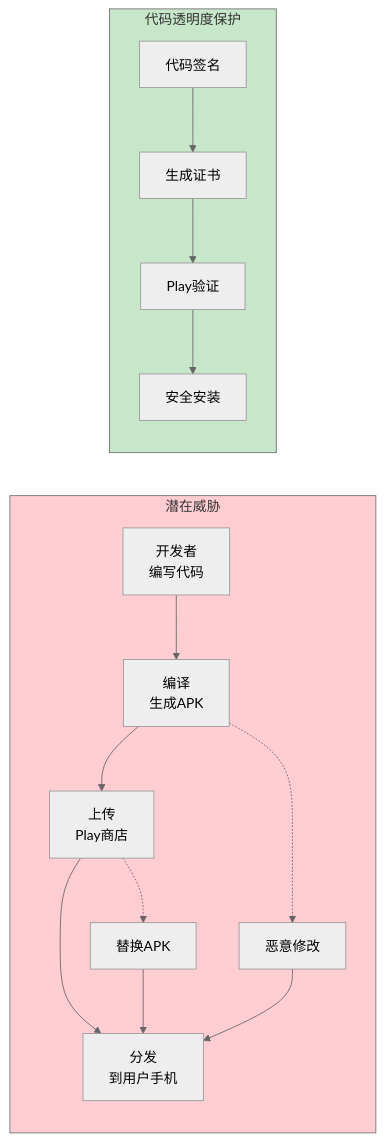
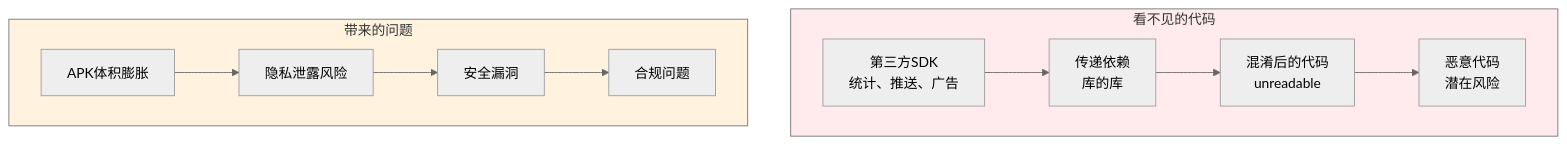
One commit to Carrie-L/carrie-l.github.io changed the first of 5 diagrams in AndroidDeveloperGuideStory/Contents/vol21/21.1.91 捆绑代码透明度.md. Above: the diagram before and after it, drawn with Mermaid (neutral theme). The commit also changed other lines of this file, not shown here.

Commit message:
feat(chapter-21.1.91): add BundleCodeTransparency chapter for Android App Bundle

````diff
--- a/AndroidDeveloperGuideStory/Contents/vol21/21.1.91 捆绑代码透明度.md
+++ b/AndroidDeveloperGuideStory/Contents/vol21/21.1.91 捆绑代码透明度.md
@@ -53,22 +49,21 @@
 ```mermaid
-flowchart LR
-    subgraph Threat["潜在威胁"]
-        T1[开发者<br/>编写代码] --> T2[编译<br/>生成APK]
-        T2 --> T3[上传<br/>Play商店]
-        T3 --> T4[分发<br/>到用户手机]
+flowchart TB
+    subgraph HiddenCode["看不见的代码"]
+        direction LR
         
-        T2 -.-> H1[恶意修改]
-        T3 -.-> H2[替换APK]
-        H1 --> T4
-        H2 --> T4
+        C1[第三方SDK<br/>统计、推送、广告] --> C2[传递依赖<br/>库的库]
+        C2 --> C3[混淆后的代码<br/> unreadable]
+        C3 --> C4[恶意代码<br/>潜在风险]
     end
     
-    subgraph Protection["代码透明度保护"]
-        P1[代码签名] --> P2[生成证书]
-        P2 --> P3[Play验证]
-        P3 --> P4[安全安装]
+    subgraph Problem["带来的问题"]
+        direction LR
+        
+        P1[APK体积膨胀] --> P2[隐私泄露风险]
+        P2 --> P3[安全漏洞]
+        P3 --> P4[合规问题]
     end
     
-    style Threat fill:#ffcdd2
-    style Protection fill:#c8e6c9
+    style HiddenCode fill:#ffebee
+    style Problem fill:#fff3e0
 ```
````
